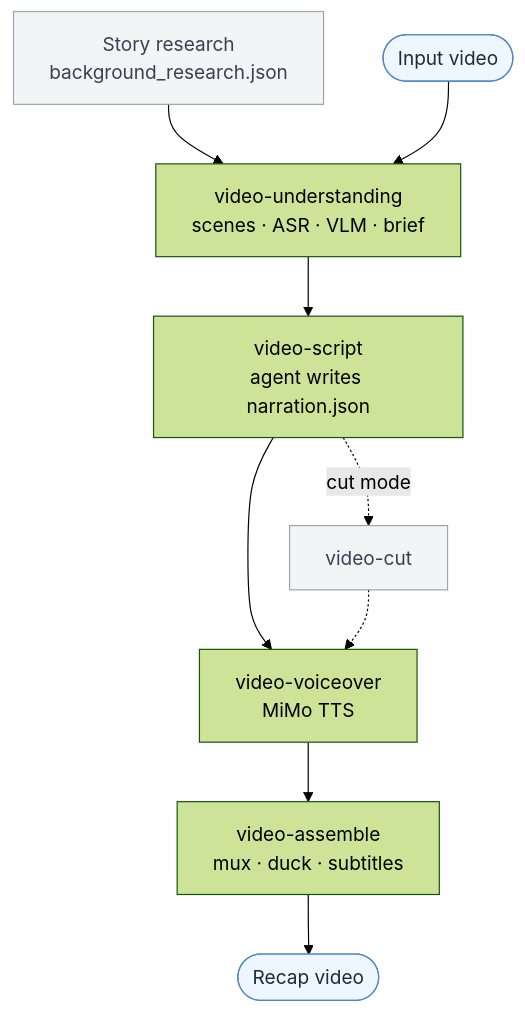
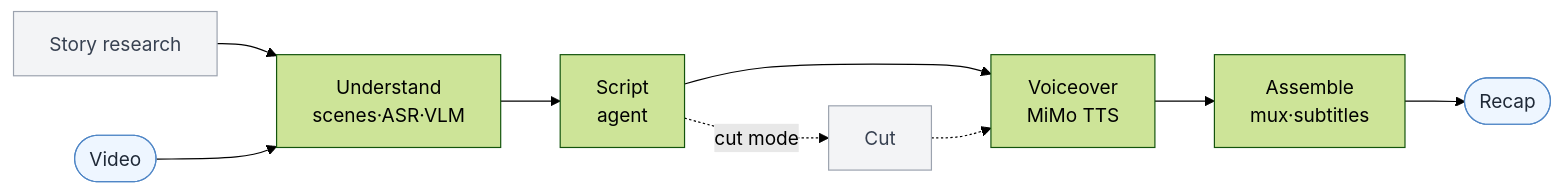
One commit to worldwonderer/video-recap-skills changed the diagram in README.en.md. Above: the diagram before and after it, drawn with Mermaid (forest theme). The commit also changed other lines of this file and 3 other files, not shown here.

````diff
--- a/README.en.md
+++ b/README.en.md
@@ -23,15 +25,10 @@
 ```mermaid
-flowchart TD
-    research["Story research<br/>background_research.json"] --> understand
-    video(["Input video"]) --> understand["video-understanding<br/>scenes · ASR · VLM · brief"]
-    understand --> script["video-script<br/>agent writes narration.json"]
-    script --> voiceover["video-voiceover<br/>MiMo TTS"]
-    voiceover --> assemble["video-assemble<br/>mux · duck · subtitles"]
-    assemble --> output(["Recap video"])
-    script -. cut mode .-> cut["video-cut"] -.-> voiceover
-
+flowchart LR
+    research["Story research"] --> understand
+    video(["Video"]) --> understand["Understand<br/>scenes·ASR·VLM"] --> script["Script<br/>agent"] --> voiceover["Voiceover<br/>MiMo TTS"] --> assemble["Assemble<br/>mux·subtitles"] --> output(["Recap"])
+    script -. cut mode .-> cut["Cut"] -.-> voiceover
     classDef io fill:#eef6ff,stroke:#4f86c6,color:#1f2937;
     classDef opt fill:#f3f4f6,stroke:#9ca3af,color:#374151;
     class video,output io;
     class research,cut opt;
 ```
````
